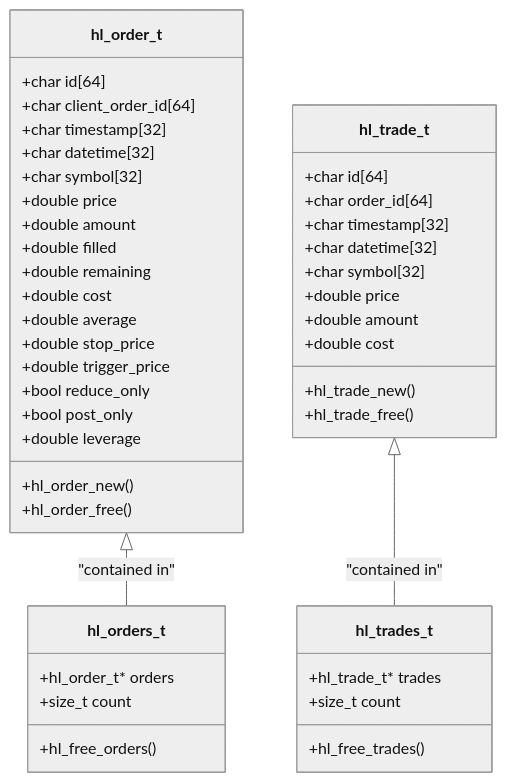
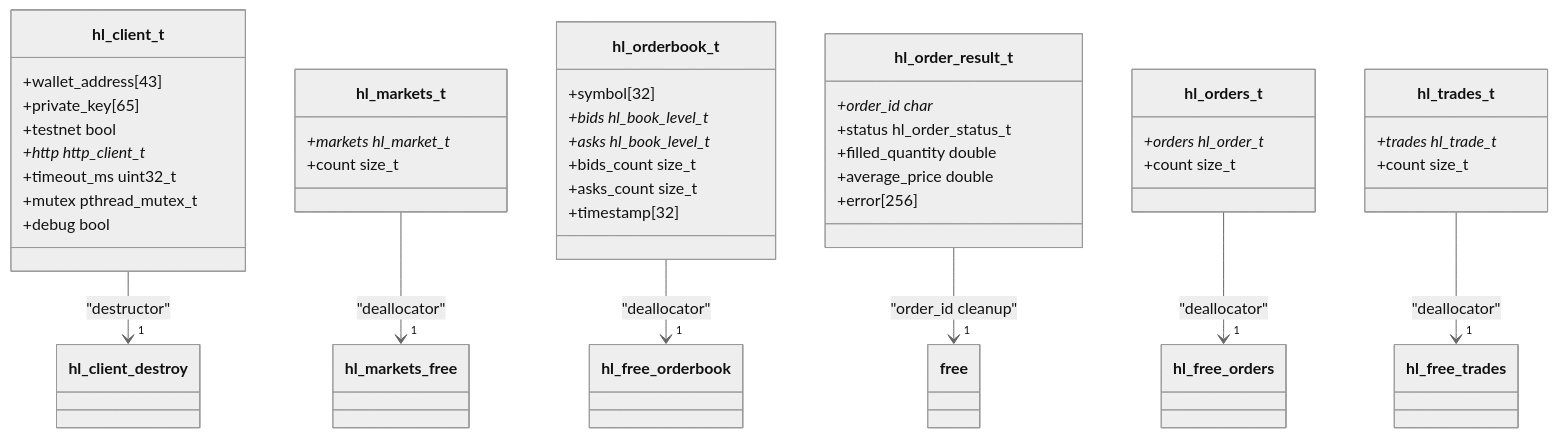
Before and after one commit to suenot/hyperliquid-c: the second of 2 diagrams in .qoder/repowiki/en/content/Core Concepts/Memory Management.md, drawn with Mermaid (neutral theme). The commit also changed other lines of this file and 112 other files, not shown here.

````diff
--- a/.qoder/repowiki/en/content/Core Concepts/Memory Management.md
+++ b/.qoder/repowiki/en/content/Core Concepts/Memory Management.md
@@ -64,47 +117,45 @@
 ```mermaid
 classDiagram
-class hl_order_t {
-+char id[64]
-+char client_order_id[64]
-+char timestamp[32]
-+char datetime[32]
-+char symbol[32]
-+double price
-+double amount
-+double filled
-+double remaining
-+double cost
-+double average
-+double stop_price
-+double trigger_price
-+bool reduce_only
-+bool post_only
-+double leverage
+class hl_client_t {
++wallet_address[43]
++private_key[65]
++testnet bool
++http http_client_t*
++timeout_ms uint32_t
++mutex pthread_mutex_t
++debug bool
 }
-class hl_trade_t {
-+char id[64]
-+char order_id[64]
-+char timestamp[32]
-+char datetime[32]
-+char symbol[32]
-+double price
-+double amount
-+double cost
+class hl_markets_t {
++markets hl_market_t*
++count size_t
+}
+class hl_orderbook_t {
++symbol[32]
++bids hl_book_level_t*
++asks hl_book_level_t*
++bids_count size_t
++asks_count size_t
++timestamp[32]
+}
+class hl_order_result_t {
++order_id char*
++status hl_order_status_t
++filled_quantity double
++average_price double
++error[256]
 }
 class hl_orders_t {
-+hl_order_t* orders
-+size_t count
++orders hl_order_t*
++count size_t
 }
 class hl_trades_t {
-+hl_trade_t* trades
-+size_t count
++trades hl_trade_t*
++count size_t
 }
-hl_order_t <|-- hl_orders_t : "contained in"
-hl_trade_t <|-- hl_trades_t : "contained in"
-hl_order_t : +hl_order_new()
-hl_order_t : +hl_order_free()
-hl_trade_t : +hl_trade_new()
-hl_trade_t : +hl_trade_free()
-hl_orders_t : +hl_free_orders()
-hl_trades_t : +hl_free_trades()
+hl_client_t --> "1" hl_client_destroy : "destructor"
+hl_markets_t --> "1" hl_markets_free : "deallocator"
+hl_orderbook_t --> "1" hl_free_orderbook : "deallocator"
+hl_order_result_t --> "1" free : "order_id cleanup"
+hl_orders_t --> "1" hl_free_orders : "deallocator"
+hl_trades_t --> "1" hl_free_trades : "deallocator"
 ```
````
